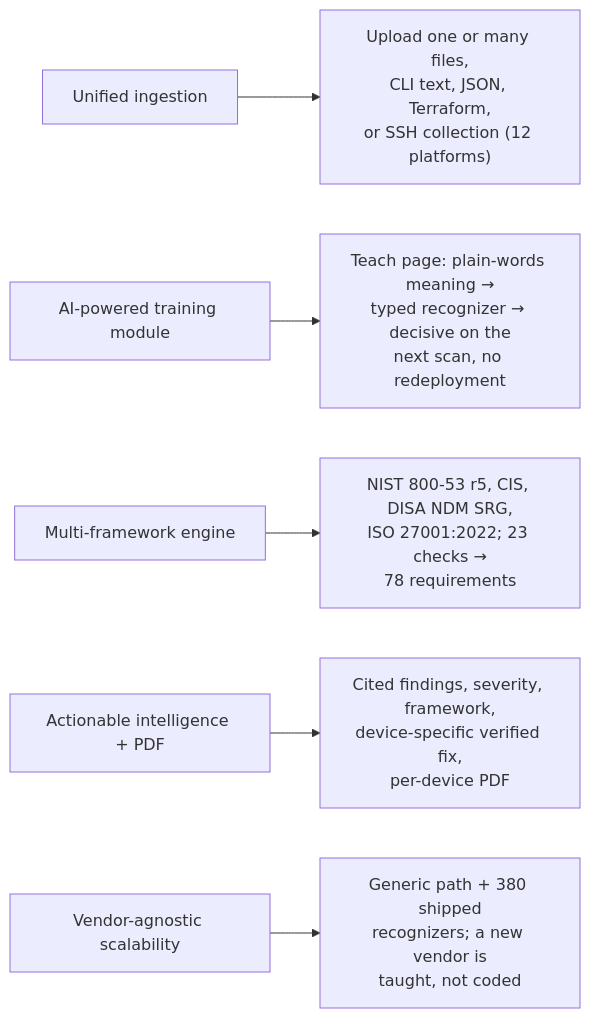
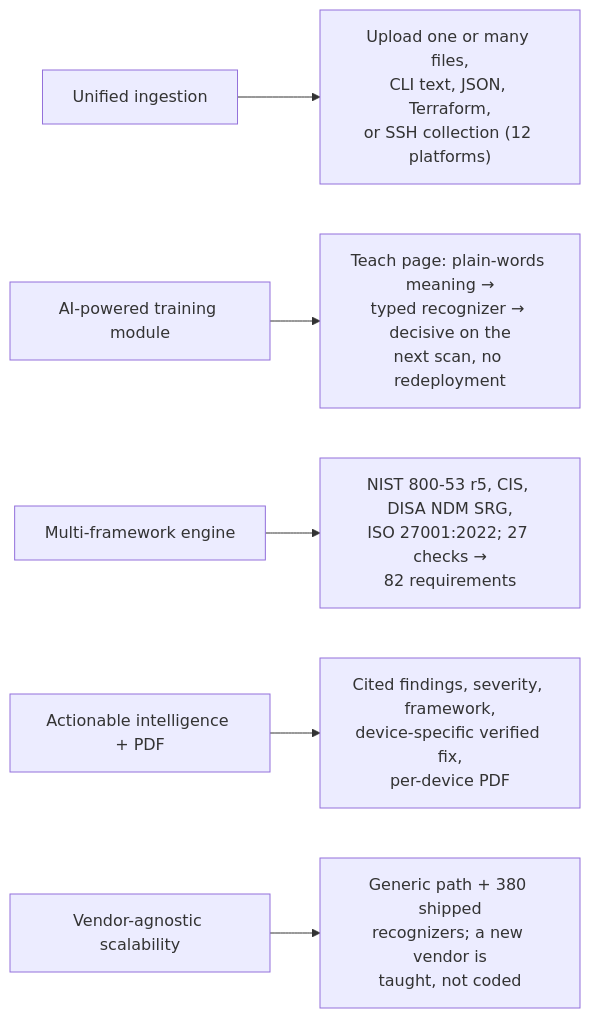
Before and after one commit to astrilo-monk/sih-26155: the diagram in docs/requirements.md, drawn with Mermaid. The commit also changed other lines of this file and 25 other files, not shown here.

````diff
--- a/docs/requirements.md
+++ b/docs/requirements.md
@@ -10,8 +10,8 @@
 ```mermaid
 flowchart LR
     R1["Unified ingestion"] --> M1["Upload one or many files,<br/>CLI text, JSON, Terraform,<br/>or SSH collection (12 platforms)"]
     R2["AI-powered training module"] --> M2["Teach page: plain-words meaning →<br/>typed recognizer → decisive on the<br/>next scan, no redeployment"]
-    R3["Multi-framework engine"] --> M3["NIST 800-53 r5, CIS, DISA NDM SRG,<br/>ISO 27001:2022; 23 checks →<br/>78 requirements"]
+    R3["Multi-framework engine"] --> M3["NIST 800-53 r5, CIS, DISA NDM SRG,<br/>ISO 27001:2022; 27 checks →<br/>82 requirements"]
     R4["Actionable intelligence + PDF"] --> M4["Cited findings, severity, framework,<br/>device-specific verified fix,<br/>per-device PDF"]
     R5["Vendor-agnostic scalability"] --> M5["Generic path + 380 shipped<br/>recognizers; a new vendor is<br/>taught, not coded"]
 ```
````
